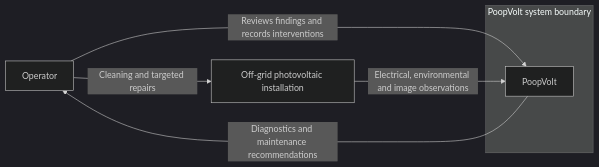
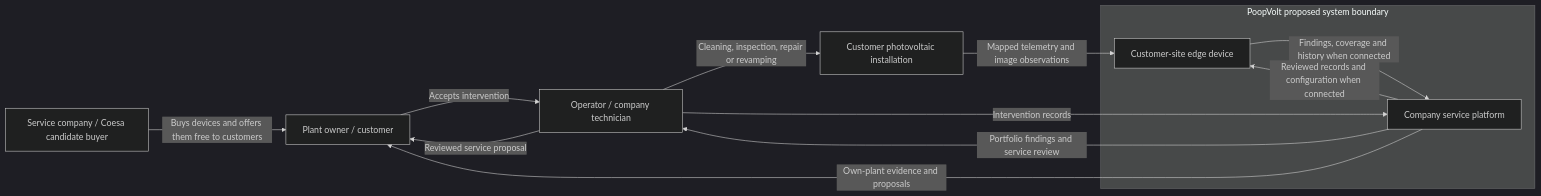
Before and after one commit to B-AROL-O/hackturin-2026: the diagram in docs/architecture/context.md, drawn with Mermaid (dark theme). The commit also changed other lines of this file and 28 other files, not shown here.

Commit message:
docs(poopvolt): renew company offer, architecture and pitch

````diff
--- a/docs/architecture/context.md
+++ b/docs/architecture/context.md
@@ -10,12 +10,21 @@
 ```mermaid
 flowchart LR
-    operator["Operator"]
-    installation["Off-grid photovoltaic installation"]
-    subgraph boundary["PoopVolt system boundary"]
-        system["PoopVolt"]
+    company["Service company / Coesa candidate buyer"]
+    owner["Plant owner / customer"]
+    operator["Operator / company technician"]
+    installation["Customer photovoltaic installation"]
+    subgraph boundary["PoopVolt proposed system boundary"]
+        edge["Customer-site edge device"]
+        platform["Company service platform"]
     end
-    operator -->|Reviews findings and records interventions| system
-    installation -->|Electrical, environmental and image observations| system
-    system -->|Diagnostics and maintenance recommendations| operator
-    operator -->|Cleaning and targeted repairs| installation
+    company -->|Buys devices and offers them free to customers| owner
+    installation -->|Mapped telemetry and image observations| edge
+    edge -->|Findings, coverage and history when connected| platform
+    platform -->|Portfolio findings and service review| operator
+    platform -->|Own-plant evidence and proposals| owner
+    operator -->|Reviewed service proposal| owner
+    owner -->|Accepts intervention| operator
+    operator -->|Cleaning, inspection, repair or revamping| installation
+    operator -->|Intervention records| platform
+    platform -->|Reviewed records and configuration when connected| edge
 ```
````
